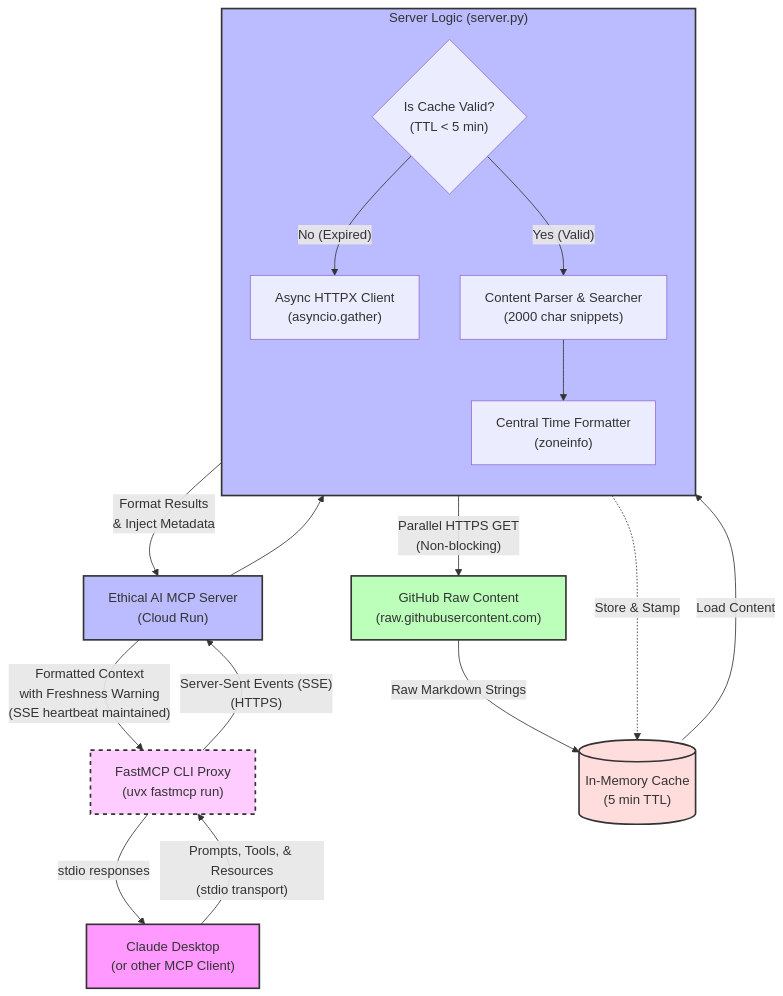
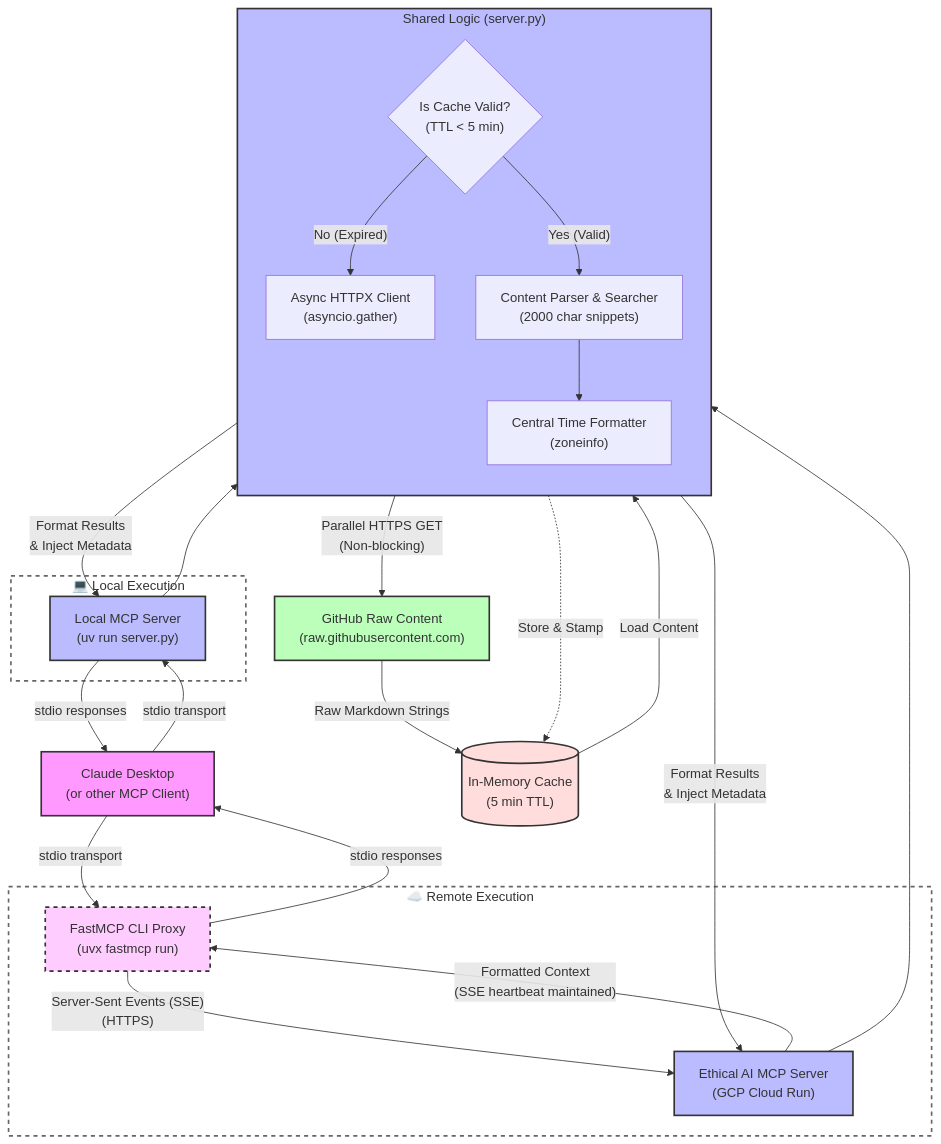
The diagram in 08-mcp-server/README.md (lynnlangit/learning-ethical-ai), drawn with Mermaid before and after one commit.

Commit message:
update diagram

````diff
--- a/08-mcp-server/README.md
+++ b/08-mcp-server/README.md
@@ -93,55 +93,69 @@
 ```mermaid
 flowchart TD
     %% Define Nodes
     Claude["Claude Desktop<br>(or other MCP Client)"]
-    FastMCPProxy["FastMCP CLI Proxy<br>(uvx fastmcp run)"]
-    Server["Ethical AI MCP Server<br>(Cloud Run)"]
-    Cache[("In-Memory Cache<br>(5 min TTL)")]
-    GitHub["GitHub Raw Content<br>(raw.githubusercontent.com)"]
     
-    %% Client to Proxy Flow
-    Claude -- "Prompts, Tools, & Resources<br>(stdio transport)" --> FastMCPProxy
-    FastMCPProxy -- "Server-Sent Events (SSE)<br>(HTTPS)" --> Server
+    subgraph Local_Setup["💻 Local Execution"]
+        LocalServer["Local MCP Server<br>(uv run server.py)"]
+    end
     
-    %% Server Internal Logic
-    subgraph Server_Internals["Server Logic (server.py)"]
+    subgraph Remote_Setup["☁️ Remote Execution"]
+        FastMCPProxy["FastMCP CLI Proxy<br>(uvx fastmcp run)"]
+        CloudServer["Ethical AI MCP Server<br>(GCP Cloud Run)"]
+    end
+    
+    %% Client Routing
+    Claude -- "stdio transport" --> LocalServer
+    Claude -- "stdio transport" --> FastMCPProxy
+    FastMCPProxy -- "Server-Sent Events (SSE)<br>(HTTPS)" --> CloudServer
+    
+    %% Shared Server Logic
+    subgraph Server_Internals["Shared Logic (server.py)"]
         direction TB
         Router{"Is Cache Valid?<br>(TTL < 5 min)"}
         Fetchers["Async HTTPX Client<br>(asyncio.gather)"]
         Parser["Content Parser & Searcher<br>(2000 char snippets)"]
         Timestamp["Central Time Formatter<br>(zoneinfo)"]
     end
     
-    Server --> Router
+    LocalServer --> Router
+    CloudServer --> Router
     
-    %% Cache Logic
+    %% Cache & External Storage
+    Cache[("In-Memory Cache<br>(5 min TTL)")]
+    GitHub["GitHub Raw Content<br>(raw.githubusercontent.com)"]
+    
+    %% Internal Logic Workflows
     Router -- "No (Expired)" --> Fetchers
     Router -- "Yes (Valid)" --> Parser
     
-    %% External Fetching
     Fetchers -- "Parallel HTTPS GET<br>(Non-blocking)" --> GitHub
     GitHub -- "Raw Markdown Strings" --> Cache
     Fetchers -. "Store & Stamp" .-> Cache
     
-    %% Serving Results
     Cache -- "Load Content" --> Parser
     Parser --> Timestamp
-    Timestamp -- "Format Results<br>& Inject Metadata" --> Server
     
-    %% Server to Client Flow
-    Server -- "Formatted Context<br>with Freshness Warning<br>(SSE heartbeat maintained)" --> FastMCPProxy
+    %% Serving Results
+    Timestamp -- "Format Results<br>& Inject Metadata" --> LocalServer
+    Timestamp -- "Format Results<br>& Inject Metadata" --> CloudServer
+    
+    CloudServer -- "Formatted Context<br>(SSE heartbeat maintained)" --> FastMCPProxy
     FastMCPProxy -- "stdio responses" --> Claude
+    LocalServer -- "stdio responses" --> Claude
 
     %% Styling
     classDef client fill:#f9f,stroke:#333,stroke-width:2px;
     classDef server fill:#bbf,stroke:#333,stroke-width:2px;
     classDef external fill:#bfb,stroke:#333,stroke-width:2px;
     classDef cache fill:#fdd,stroke:#333,stroke-width:2px;
     classDef proxy fill:#fcf,stroke:#333,stroke-width:2px,stroke-dasharray: 5 5;
+    classDef subgraphFrame fill:none,stroke:#666,stroke-width:2px,stroke-dasharray: 5 5;
     
     class Claude client
     class FastMCPProxy proxy
-    class Server,Server_Internals server
+    class LocalServer,CloudServer,Server_Internals server
     class GitHub external
     class Cache cache
+    class Local_Setup,Remote_Setup subgraphFrame
 ```
````
